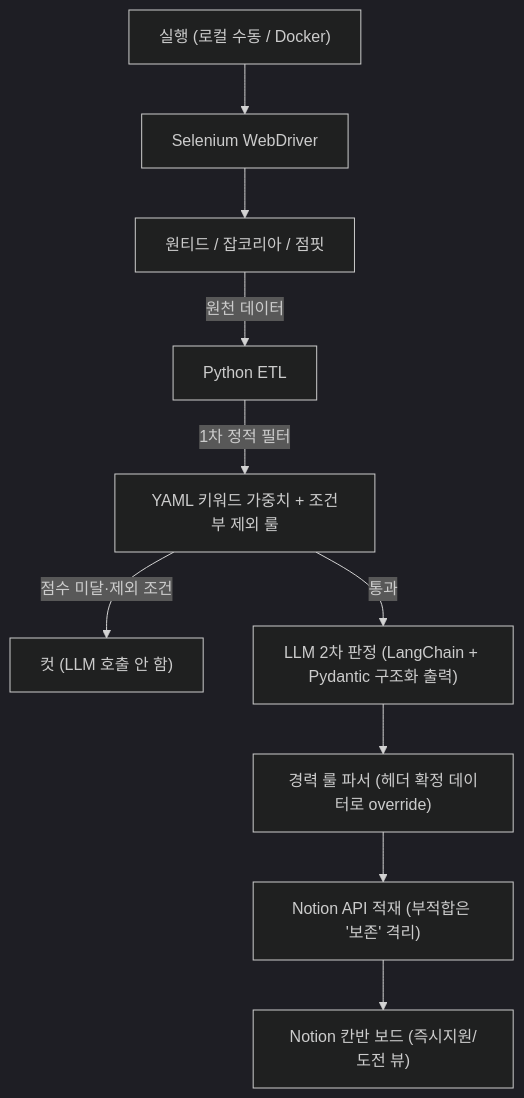
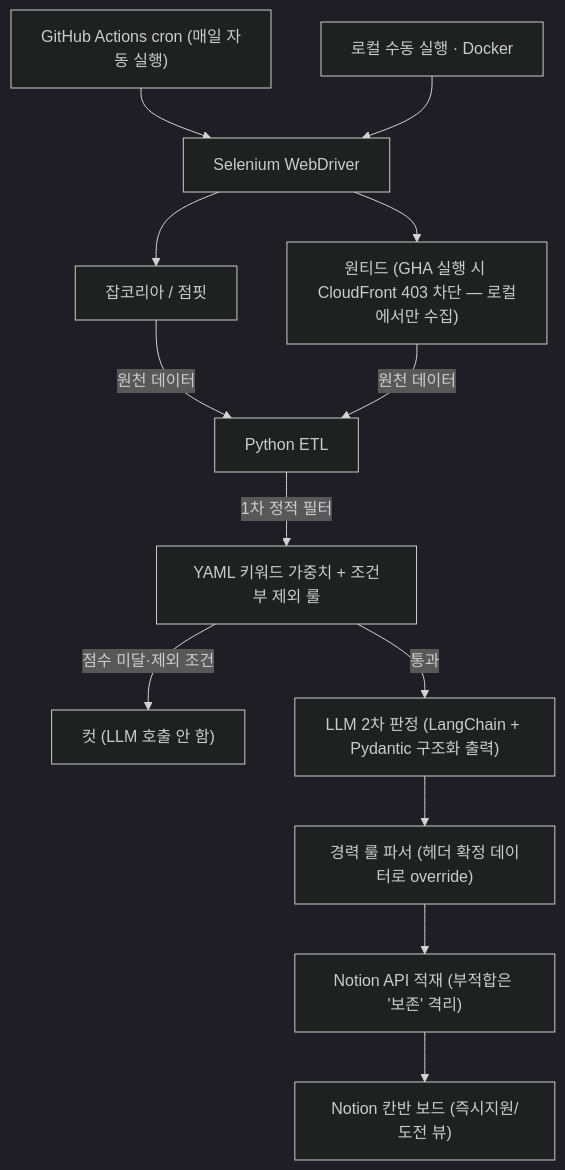
One commit to hoyonzz/web-crawler changed the diagram in README.md. Above: the diagram before and after it, drawn with Mermaid (dark theme). The commit also changed other lines of this file, not shown here.

````diff
--- a/README.md
+++ b/README.md
@@ -40,12 +40,15 @@
 ```mermaid
 graph TD
-    A["실행 (로컬 수동 / Docker)"] --> B["Selenium WebDriver"]
-    B --> C["원티드 / 잡코리아 / 점핏"]
-    C -->|원천 데이터| D["Python ETL"]
+    A1["GitHub Actions cron (매일 자동 실행)"] --> B["Selenium WebDriver"]
+    A2["로컬 수동 실행 · Docker"] --> B
+    B --> C1["잡코리아 / 점핏"]
+    B --> C2["원티드 (GHA 실행 시 CloudFront 403 차단 — 로컬에서만 수집)"]
+    C1 -->|원천 데이터| D["Python ETL"]
+    C2 -->|원천 데이터| D
     D -->|1차 정적 필터| E["YAML 키워드 가중치 + 조건부 제외 룰"]
     E -->|점수 미달·제외 조건| X["컷 (LLM 호출 안 함)"]
     E -->|통과| F["LLM 2차 판정 (LangChain + Pydantic 구조화 출력)"]
     F --> G["경력 룰 파서 (헤더 확정 데이터로 override)"]
     G --> H["Notion API 적재 (부적합은 '보존' 격리)"]
     H --> I["Notion 칸반 보드 (즉시지원/도전 뷰)"]
 ```
````
